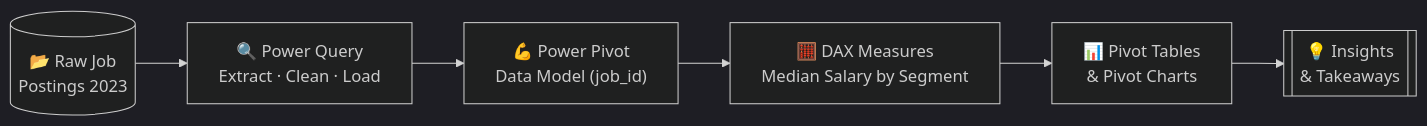
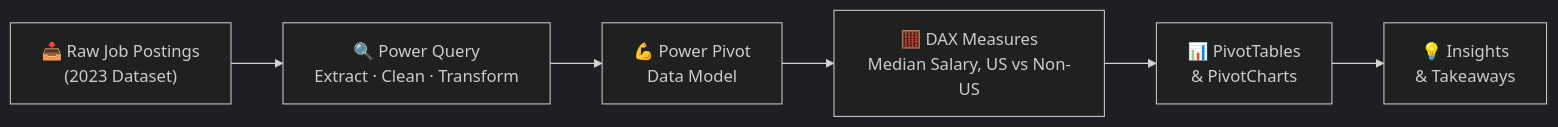
One commit to shadow-byte-warrior/Project_Analystics changed the diagram in README.md. Above: the diagram before and after it, drawn with Mermaid (dark theme). The commit also changed other lines of this file, not shown here.

````diff
--- a/README.md
+++ b/README.md
@@ -106,8 +79,8 @@
 ```mermaid
 flowchart LR
-    A[(📂 Raw Job\nPostings 2023)] --> B["🔍 Power Query\nExtract · Clean · Load"]
-    B --> C["💪 Power Pivot\nData Model (job_id)"]
-    C --> D["🧮 DAX Measures\nMedian Salary by Segment"]
-    D --> E["📊 Pivot Tables\n& Pivot Charts"]
-    E --> F[["💡 Insights\n& Takeaways"]]
+    A["📥 Raw Job Postings<br/>(2023 Dataset)"] --> B["🔍 Power Query<br/>Extract · Clean · Transform"]
+    B --> C["💪 Power Pivot<br/>Data Model"]
+    C --> D["🧮 DAX Measures<br/>Median Salary, US vs Non-US"]
+    D --> E["📊 PivotTables<br/>& PivotCharts"]
+    E --> F["💡 Insights<br/>& Takeaways"]
 ```
````
